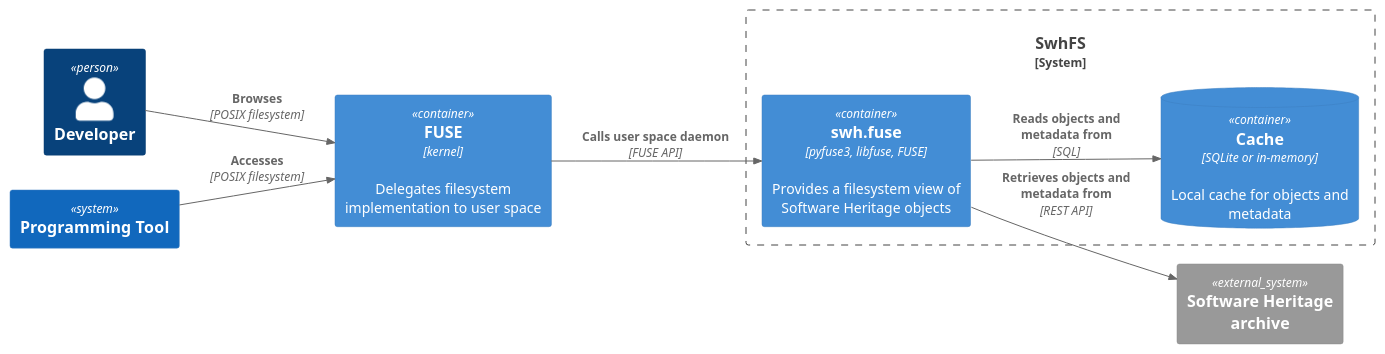
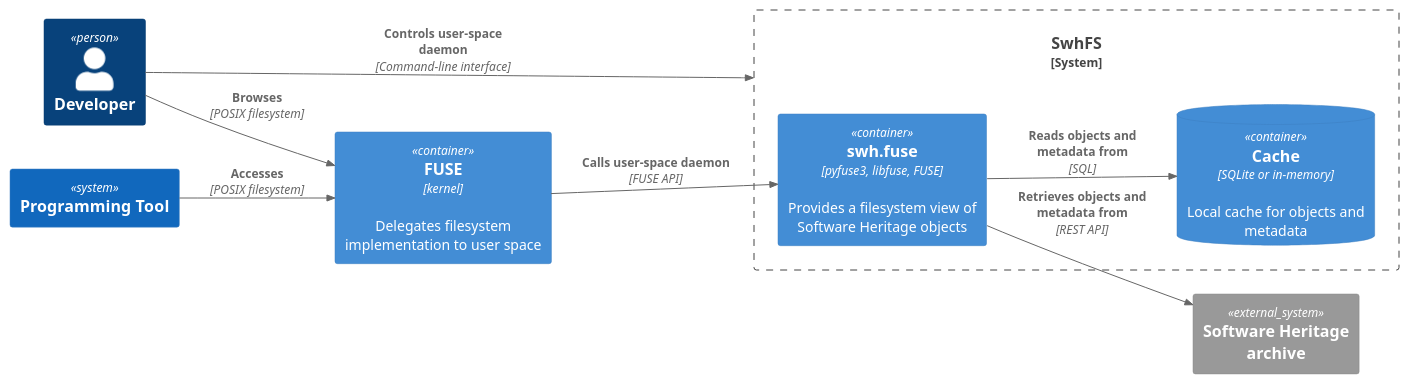
One commit to SoftwareHeritage/swh-fuse changed the diagram in docs/images/arch-container.puml. Above: the diagram before and after it, drawn with PlantUML. The commit also changed 3 other files, not shown here.

Commit message:
arch diagram: show user control over user-space daemon

```diff
--- a/docs/images/arch-container.puml
+++ b/docs/images/arch-container.puml
@@ -1,25 +1,26 @@
 @startuml arch-container
 ' !includeurl https://raw.githubusercontent.com/RicardoNiepel/C4-PlantUML/master/C4_Container.puml
 !include c4-plantuml/C4_Container.puml
 
 ' title Container diagram for the Software Heritage virtual filesystem (SwhFS)
 left to right direction
 
 Person(user, "Developer")
 System(tool, "Programming Tool")
 Container(fuse, "FUSE", "kernel", "Delegates filesystem implementation to user space")
 
 System_Boundary(swhfs_bound, "SwhFS") {
 	Container(swh_fuse, "swh.fuse", "pyfuse3, libfuse, FUSE", "Provides a filesystem view of Software Heritage objects")
 	ContainerDb(cache, "Cache", "SQLite or in-memory", "Local cache for objects and metadata")
 	Rel(swh_fuse, cache, "Reads objects and metadata from", "SQL")
 }
 
 System_Ext(archive, "Software Heritage archive")
 
+Rel(user, swhfs_bound, "Controls user-space daemon", "Command-line interface")
 Rel(user, fuse, "Browses", "POSIX filesystem")
 Rel(tool, fuse, "Accesses", "POSIX filesystem")
-Rel(fuse, swh_fuse, "Calls user space daemon", "FUSE API")
+Rel(fuse, swh_fuse, "Calls user-space daemon", "FUSE API")
 Rel(swh_fuse, archive, "Retrieves objects and metadata from", "REST API")
 
 @enduml
```
